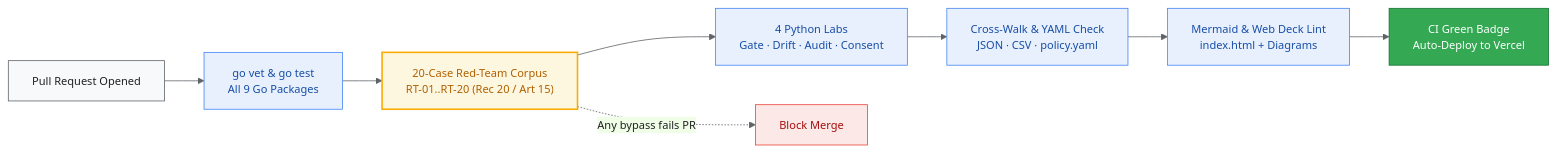
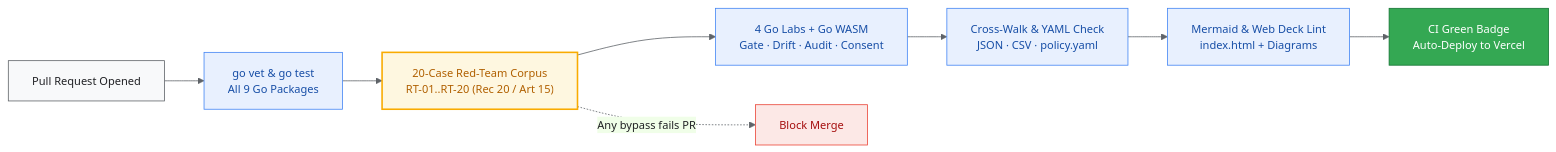
Before and after one commit to PratikDhanave/Build-For-RBI-Inherit-The-EU-AI-Act: the ninth of 12 diagrams in docs/DIAGRAMS.md, drawn with Mermaid. The commit also changed 28 other files, not shown here.

````diff
--- a/docs/DIAGRAMS.md
+++ b/docs/DIAGRAMS.md
@@ -408,21 +408,21 @@
 ```mermaid
 %%{init: {"theme": "base", "themeVariables": {"fontFamily": "Google Sans, Roboto, Helvetica Neue, Arial, sans-serif", "fontSize": "14px", "primaryColor": "#E8F0FE", "primaryTextColor": "#202124", "primaryBorderColor": "#4285F4", "lineColor": "#5F6368"}}}%%
 flowchart LR
     PR["Pull Request Opened"] --> VET["go vet & go test<br/>All 9 Go Packages"]
     VET --> RT["20-Case Red-Team Corpus<br/>RT-01..RT-20 (Rec 20 / Art 15)"]
-    RT --> PY["4 Python Labs<br/>Gate · Drift · Audit · Consent"]
-    PY --> XW["Cross-Walk & YAML Check<br/>JSON · CSV · policy.yaml"]
+    RT --> LABS["4 Go Labs + Go WASM<br/>Gate · Drift · Audit · Consent"]
+    LABS --> XW["Cross-Walk & YAML Check<br/>JSON · CSV · policy.yaml"]
     XW --> MMD["Mermaid & Web Deck Lint<br/>index.html + Diagrams"]
     MMD --> PASS["CI Green Badge<br/>Auto-Deploy to Vercel"]
 
     RT -.->|"Any bypass fails PR"| FAIL["Block Merge"]
 
     style PR fill:#F8F9FA,stroke:#5F6368,color:#202124
     style VET fill:#E8F0FE,stroke:#4285F4,color:#174EA6
     style RT fill:#FEF7E0,stroke:#F9AB00,stroke-width:2px,color:#B06000
-    style PY fill:#E8F0FE,stroke:#4285F4,color:#174EA6
+    style LABS fill:#E8F0FE,stroke:#4285F4,color:#174EA6
     style XW fill:#E8F0FE,stroke:#4285F4,color:#174EA6
     style MMD fill:#E8F0FE,stroke:#4285F4,color:#174EA6
     style PASS fill:#34A853,stroke:#137333,color:#FFFFFF
     style FAIL fill:#FCE8E6,stroke:#EA4335,color:#A50E0E
 ```
````
